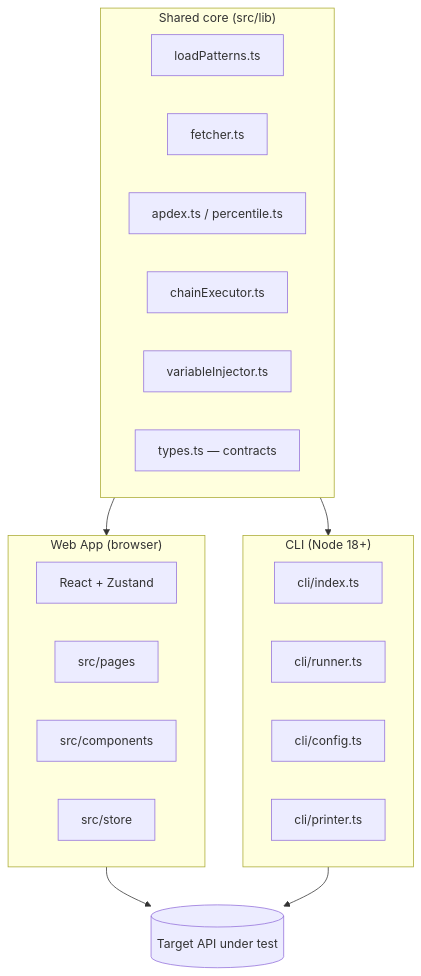
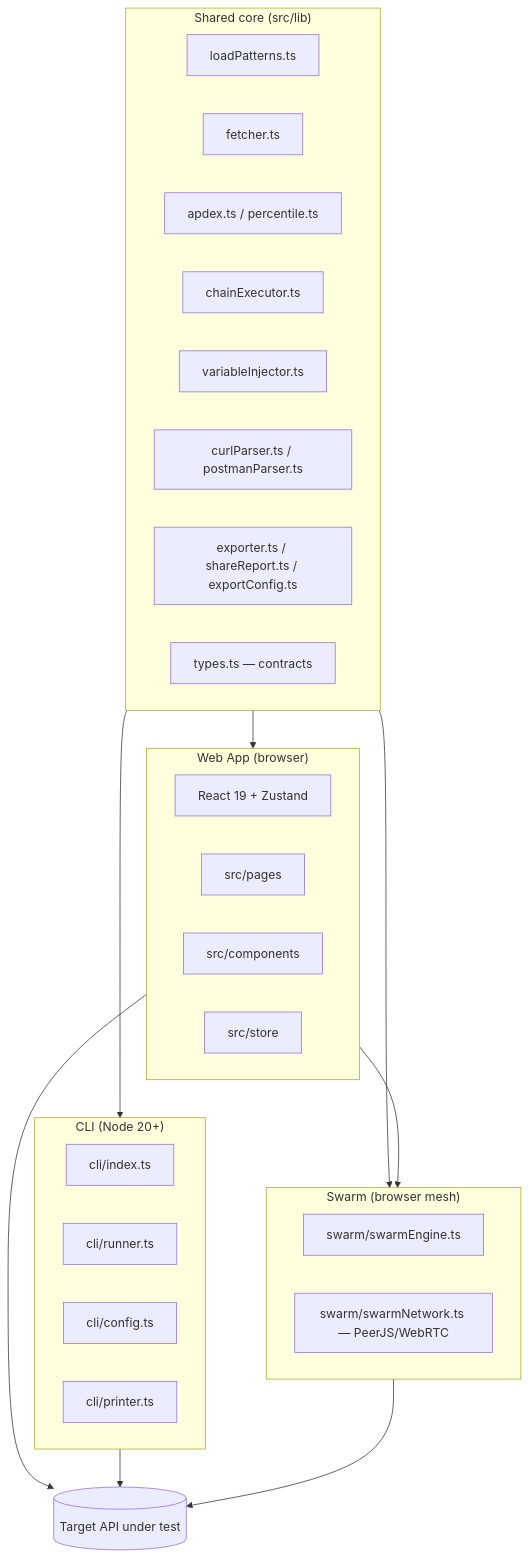
One commit to Ayush2966/LOAD-PULSE changed the diagram in docs/planning/04-system-design.md. Above: the diagram before and after it, drawn with Mermaid. The commit also changed other lines of this file and 14 other files, not shown here.

````diff
--- a/docs/planning/04-system-design.md
+++ b/docs/planning/04-system-design.md
@@ -6,32 +6,42 @@
 ```mermaid
 flowchart TB
     subgraph Core["Shared core (src/lib)"]
         LP[loadPatterns.ts]
         FE[fetcher.ts]
         AP[apdex.ts / percentile.ts]
         CE[chainExecutor.ts]
         VI[variableInjector.ts]
+        PC[curlParser.ts / postmanParser.ts]
+        EX[exporter.ts / shareReport.ts / exportConfig.ts]
         TY[types.ts — contracts]
     end
 
     subgraph Web["Web App (browser)"]
-        RC[React + Zustand]
+        RC[React 19 + Zustand]
         PG[src/pages]
         CP[src/components]
         ST[src/store]
     end
 
-    subgraph CLI["CLI (Node 18+)"]
+    subgraph Swarm["Swarm (browser mesh)"]
+        SE[swarm/swarmEngine.ts]
+        SN[swarm/swarmNetwork.ts — PeerJS/WebRTC]
+    end
+
+    subgraph CLI["CLI (Node 20+)"]
         IDX[cli/index.ts]
         RUN[cli/runner.ts]
         CFG[cli/config.ts]
         PR[cli/printer.ts]
     end
 
     Target[(Target API under test)]
 
     Core --> Web
     Core --> CLI
+    Core --> Swarm
+    Web --> Swarm
     Web --> Target
     CLI --> Target
+    Swarm --> Target
 ```
````
